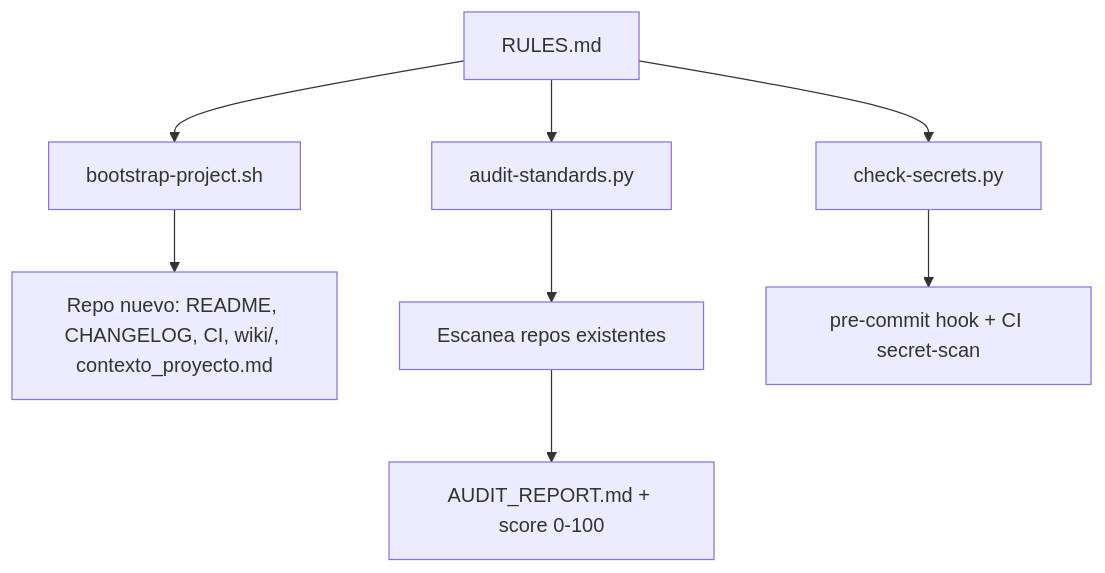
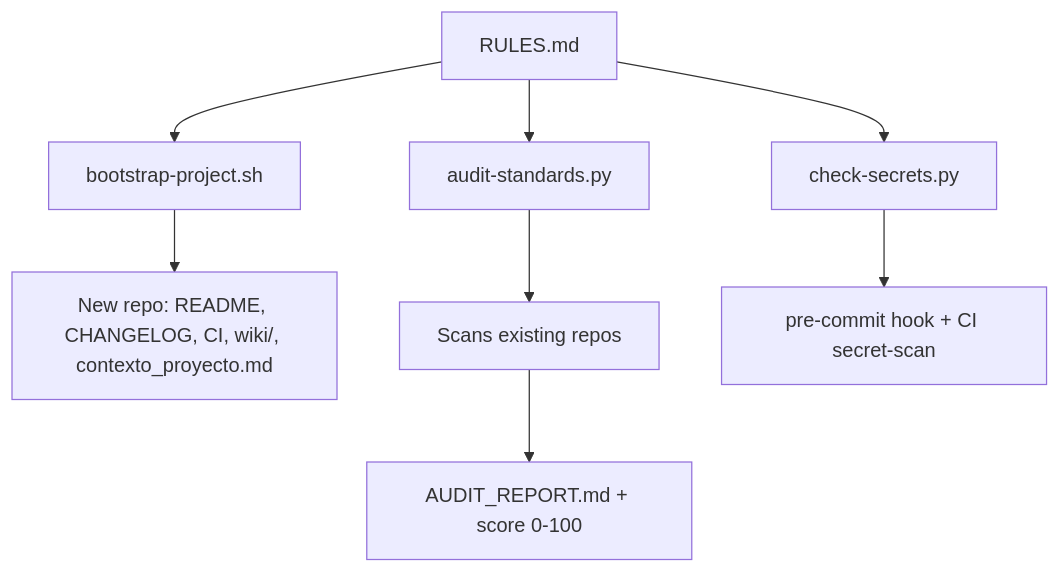
Before and after one commit to luciomerlo/dev-standards: the diagram in README.md, drawn with Mermaid. The commit also changed other lines of this file, not shown here.

````diff
--- a/README.md
+++ b/README.md
@@ -11,10 +11,10 @@
 ```mermaid
 graph TD
   A[RULES.md] --> B[bootstrap-project.sh]
-  B --> C[Repo nuevo: README, CHANGELOG, CI, wiki/, contexto_proyecto.md]
+  B --> C[New repo: README, CHANGELOG, CI, wiki/, contexto_proyecto.md]
   A --> D[audit-standards.py]
-  D --> E[Escanea repos existentes]
+  D --> E[Scans existing repos]
   E --> F[AUDIT_REPORT.md + score 0-100]
   A --> G[check-secrets.py]
   G --> H[pre-commit hook + CI secret-scan]
 ```
````
